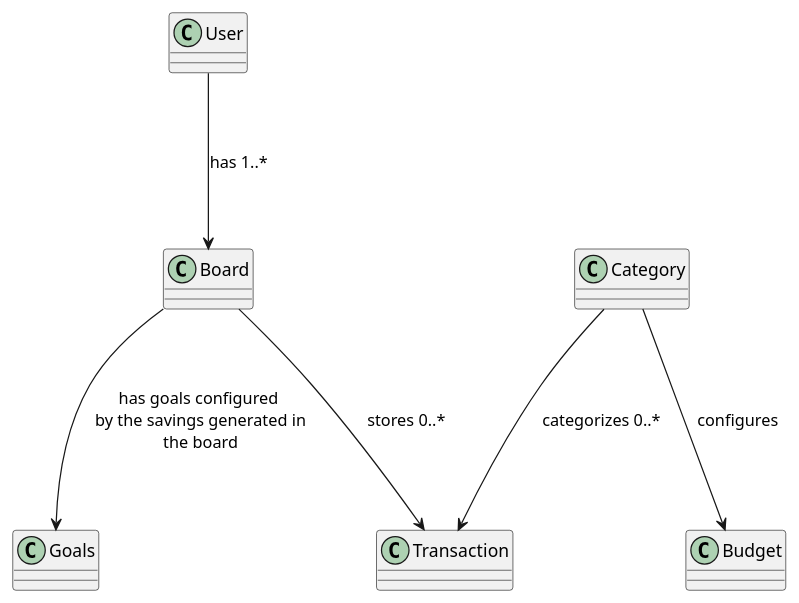
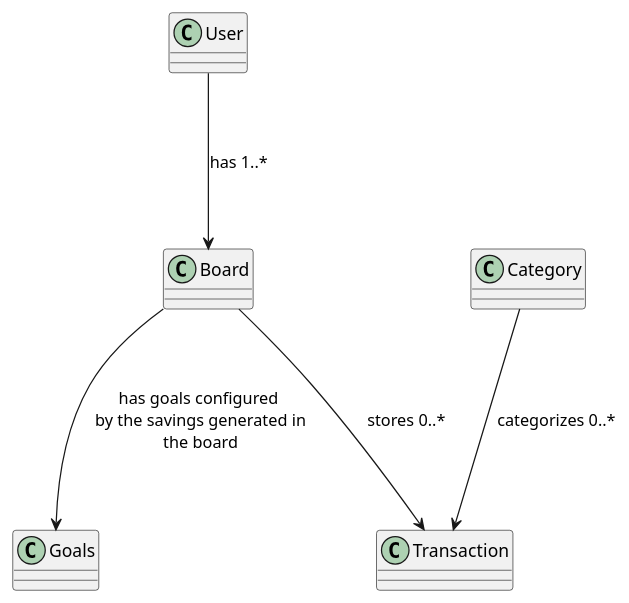
One commit to carpepal/MIBudget-back changed the first of 2 diagrams in docs/modules/develop/pages/requirements/domain-model.adoc. Above: the diagram before and after it, drawn with PlantUML. The commit also changed other lines of this file and 11 other files, not shown here.

```diff
--- a/docs/modules/develop/pages/requirements/domain-model.adoc
+++ b/docs/modules/develop/pages/requirements/domain-model.adoc
@@ -3,15 +5,13 @@
 [plantuml]
 ....
     class User
     class Board 
     class Category
-    class Budget
     class Transaction
     class Goals
 
     User ---> Board : "has 1..*"
     Board ---> Goals : "has goals configured\n by the savings generated in\n the board"
     Board ---> Transaction : "stores 0..*"
     Category ---> Transaction : "categorizes 0..*"
-    Category ---> Budget : "configures"
 ....
```
